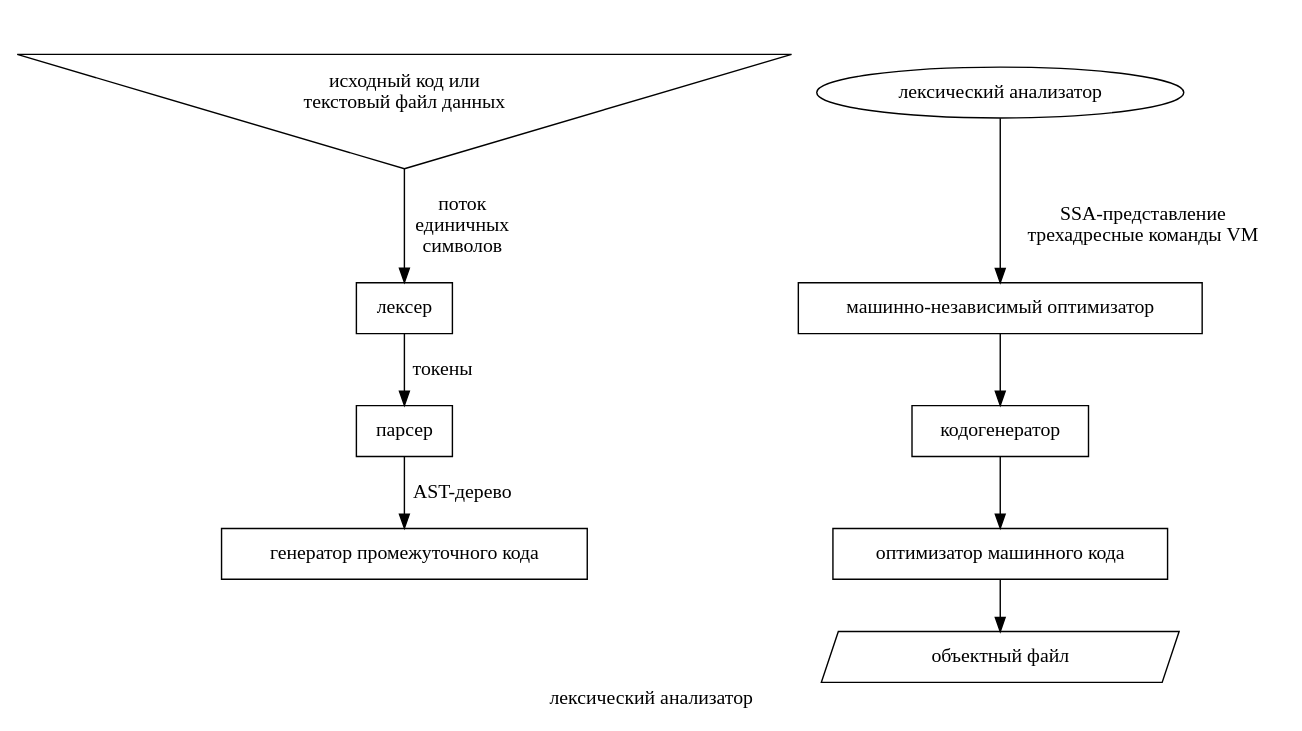
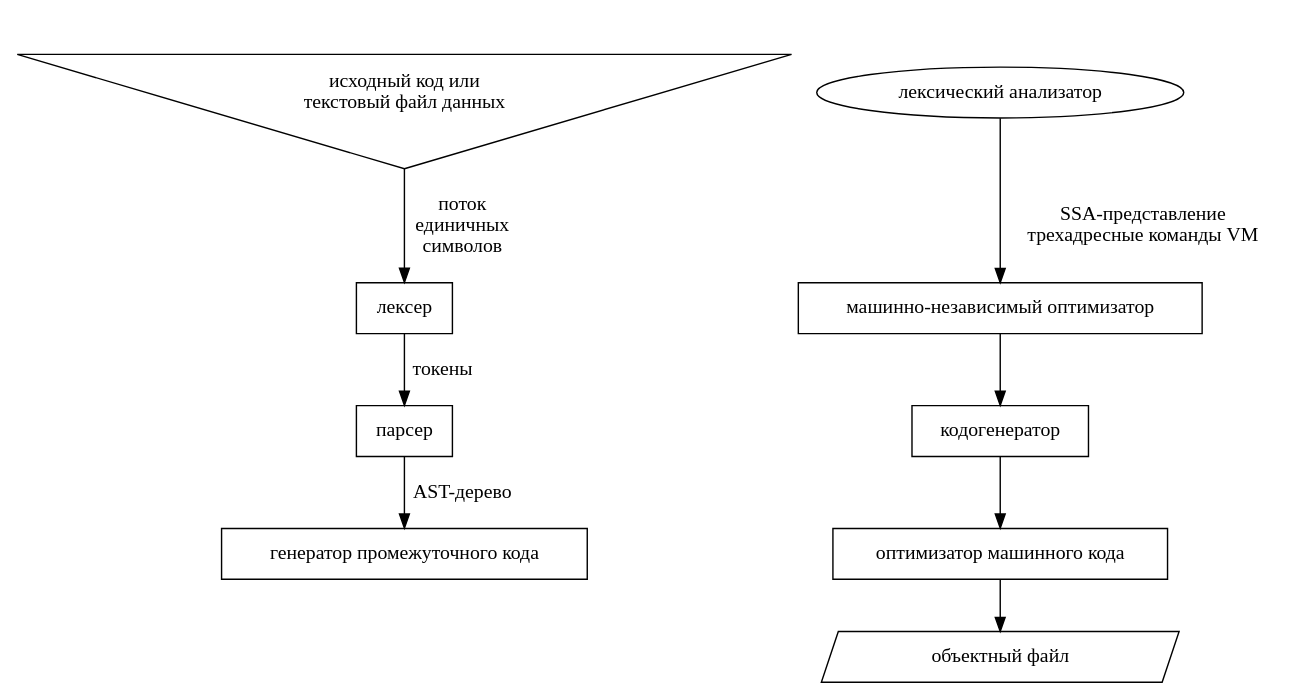
The diagram in fig/compiler1.dot (ponyatov/lexman), drawn with Graphviz before and after one commit. The commit also changed 2 other files, not shown here.

```diff
--- a/fig/compiler1.dot
+++ b/fig/compiler1.dot
@@ -1,33 +1,31 @@
-digraph "лексический анализатор" {
 
- color=blue;
-style=filled;
+digraph X {
+
+subgraph "лексический анализатор" {
 label="лексический анализатор";
- 
 
-"исходный код или\nтекстовый файл данных" [shape=invtriangle]; 
+"исходный код или\nтекстовый файл данных" [shape=invtriangle];
 "лексер" [shape=box];
 "парсер" [shape=box];
 "генератор промежуточного кода" [shape=box];
+
+"исходный код или\nтекстовый файл данных" -> "лексер"
+[label="поток\nединичных\nсимволов"];
+ "лексер" -> "парсер" [label="токены"];
+ "парсер" -> "генератор промежуточного кода" [label="AST-дерево"];
+}
+
+subgraph "LLVM" {
 "машинно-независимый оптимизатор" [shape=box];
 "кодогенератор" [shape=box];
 "оптимизатор машинного кода" [shape=box];
 "объектный файл" [shape=polygon,sides=4,skew=.1];
-
-subgraph "лексический анализатор" { 
-"исходный код или\nтекстовый файл данных" -> "лексер" [label="поток\nединичных\nсимволов"];
- "лексер" -> "парсер" [label="токены"];
- "парсер" -> "генератор промежуточного кода" [label="AST-дерево"];
- 
-};
-
-subgraph "LLVM" { label="LLVM"; style=filled; color=red; 
 
  "лексический анализатор" -> "машинно-независимый оптимизатор"
  [label="SSA-представление\nтрехадресные команды VM"];
  "машинно-независимый оптимизатор" -> "кодогенератор";
  "кодогенератор" -> "оптимизатор машинного кода";
  "оптимизатор машинного кода" -> "объектный файл";
- };
+}
 
- }
+}
```
